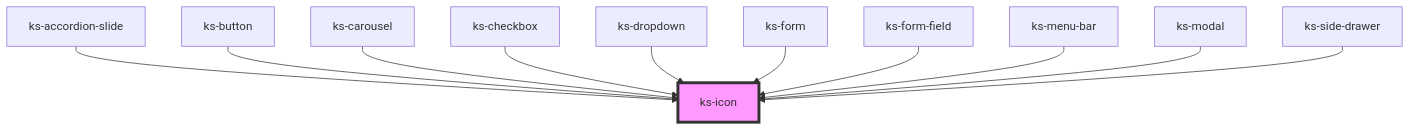
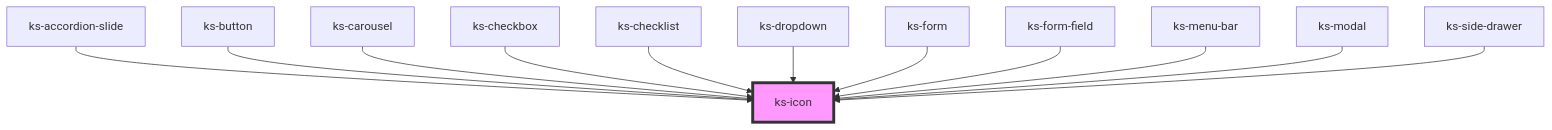
The diagram in src/scripts/components/icon/readme.md (kickstand-ui/kickstand-ui), drawn with Mermaid before and after one commit. The commit also changed other lines of this file and 9 other files, not shown here.

````diff
--- a/src/scripts/components/icon/readme.md
+++ b/src/scripts/components/icon/readme.md
@@ -32,14 +33,15 @@
 ```mermaid
 graph TD;
   ks-accordion-slide --> ks-icon
   ks-button --> ks-icon
   ks-carousel --> ks-icon
   ks-checkbox --> ks-icon
+  ks-checklist --> ks-icon
   ks-dropdown --> ks-icon
   ks-form --> ks-icon
   ks-form-field --> ks-icon
   ks-menu-bar --> ks-icon
   ks-modal --> ks-icon
   ks-side-drawer --> ks-icon
   style ks-icon fill:#f9f,stroke:#333,stroke-width:4px
 ```
````
